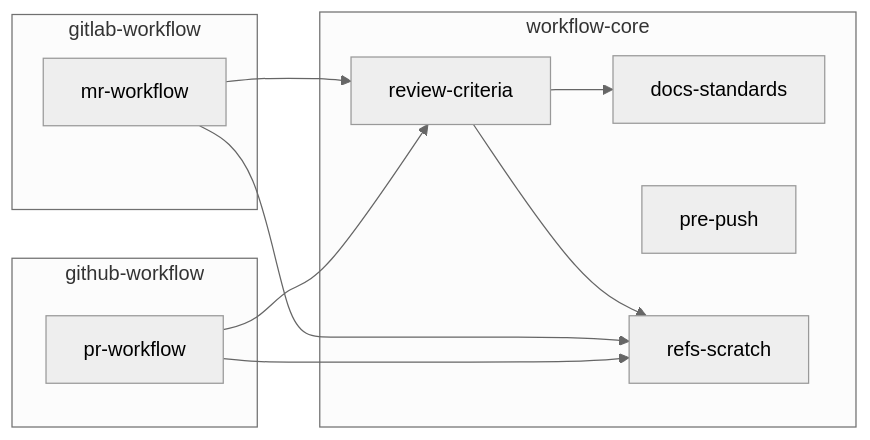
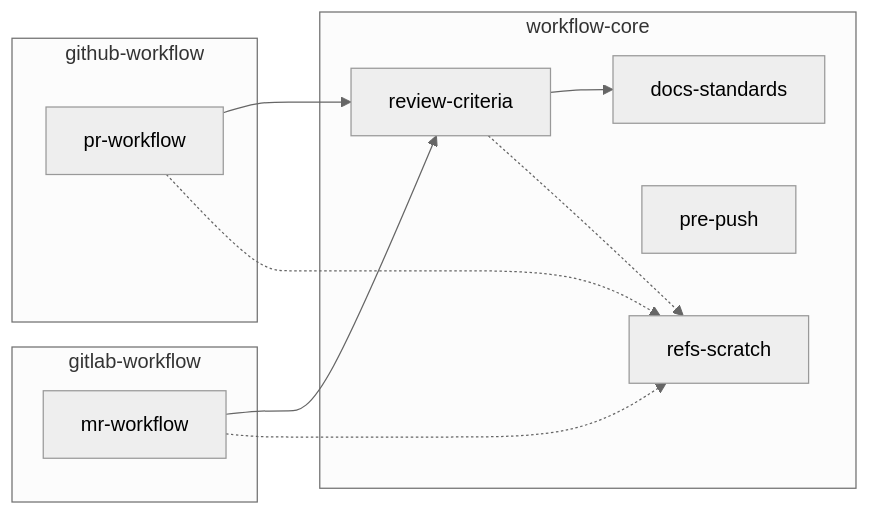
The diagram in docs/architecture/skill-references.md (nil-park/claude-workflow-kit), drawn with Mermaid (neutral theme) before and after one commit. The commit also changed other lines of this file and 4 other files, not shown here.

Commit message:
Decouple refs-scratch to implicit trigger-based composition; mark weak coupling in graph

````diff
--- a/docs/architecture/skill-references.md
+++ b/docs/architecture/skill-references.md
@@ -3,22 +3,22 @@
 ```mermaid
 flowchart LR
   subgraph wc["workflow-core"]
     ds["docs-standards"]
     pp["pre-push"]
     rc["review-criteria"]
     rs["refs-scratch"]
   end
   subgraph gh["github-workflow"]
     pr["pr-workflow"]
   end
   subgraph gl["gitlab-workflow"]
     mr["mr-workflow"]
   end
 
   pr --> rc
   mr --> rc
-  pr --> rs
-  mr --> rs
-  rc --> rs
   rc --> ds
+  pr -.-> rs
+  mr -.-> rs
+  rc -.-> rs
 ```
````
